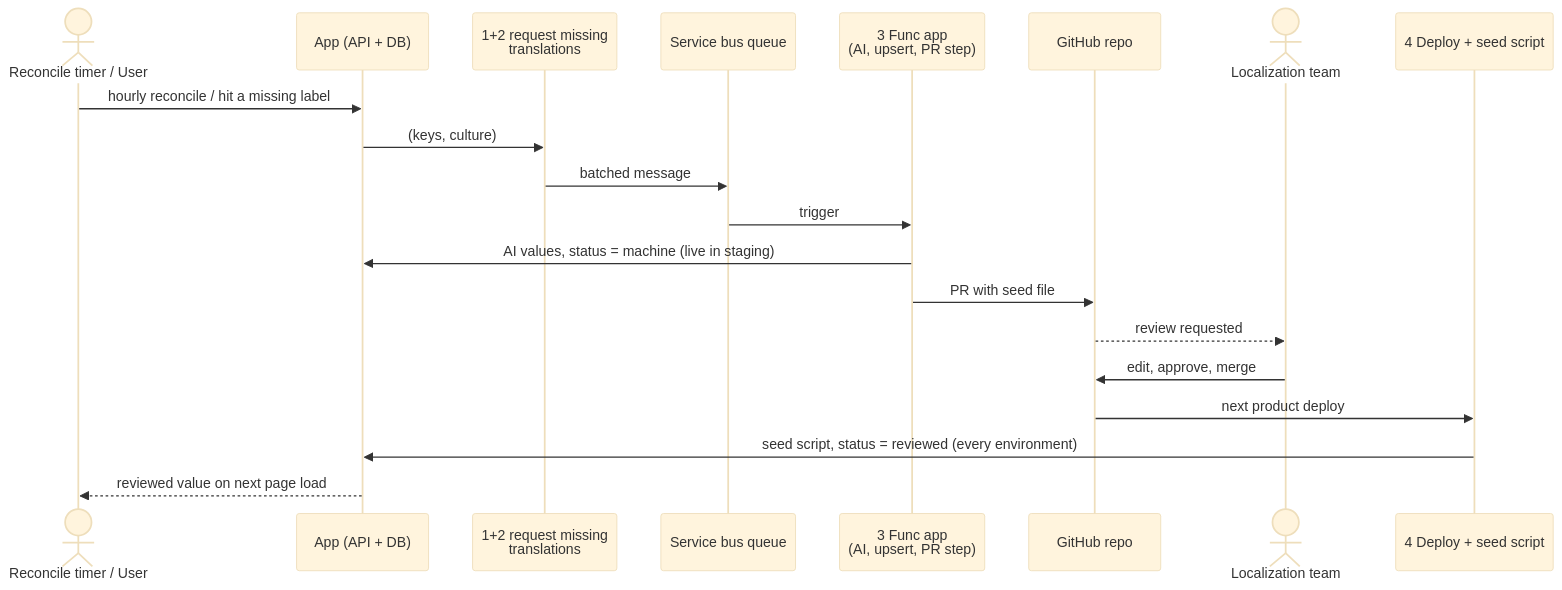
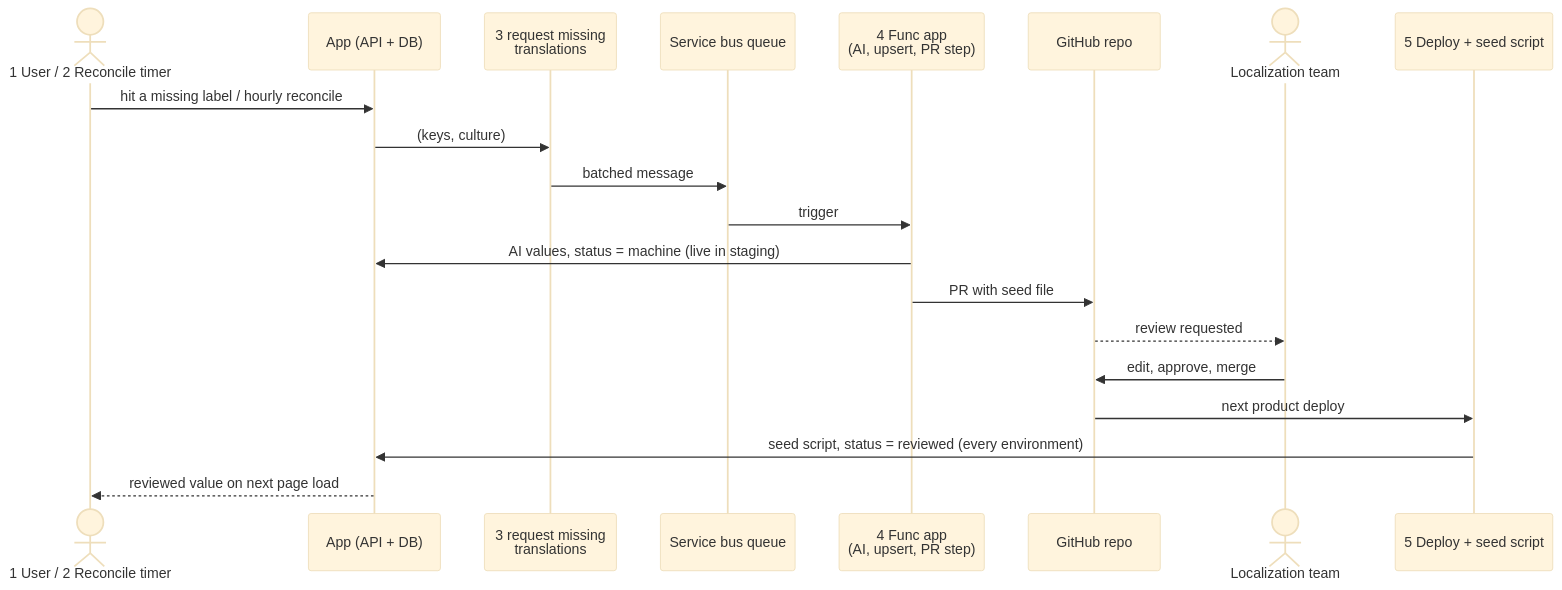
The diagram in v3/label-localization-sequence.md (rishabh7g/localization-proposal), drawn with Mermaid (base theme) before and after one commit. The commit also changed other lines of this file and 15 other files, not shown here.

Commit message:
v3: split requesting into user-miss and reconcile parts, renumber to five

````diff
--- a/v3/label-localization-sequence.md
+++ b/v3/label-localization-sequence.md
@@ -28,23 +29,23 @@
 ```mermaid
 sequenceDiagram
-    actor People as Reconcile timer / User
+    actor People as 1 User / 2 Reconcile timer
     participant App as App (API + DB)
-    participant RMT as 1+2 request missing<br/>translations
+    participant RMT as 3 request missing<br/>translations
     participant Queue as Service bus queue
-    participant Func as 3 Func app<br/>(AI, upsert, PR step)
+    participant Func as 4 Func app<br/>(AI, upsert, PR step)
     participant Repo as GitHub repo
     actor Team as Localization team
-    participant Deploy as 4 Deploy + seed script
+    participant Deploy as 5 Deploy + seed script
 
-    People->>App: hourly reconcile / hit a missing label
+    People->>App: hit a missing label / hourly reconcile
     App->>RMT: (keys, culture)
     RMT->>Queue: batched message
     Queue->>Func: trigger
     Func->>App: AI values, status = machine (live in staging)
     Func->>Repo: PR with seed file
     Repo-->>Team: review requested
     Team->>Repo: edit, approve, merge
     Repo->>Deploy: next product deploy
     Deploy->>App: seed script, status = reviewed (every environment)
     App-->>People: reviewed value on next page load
 ```
````
